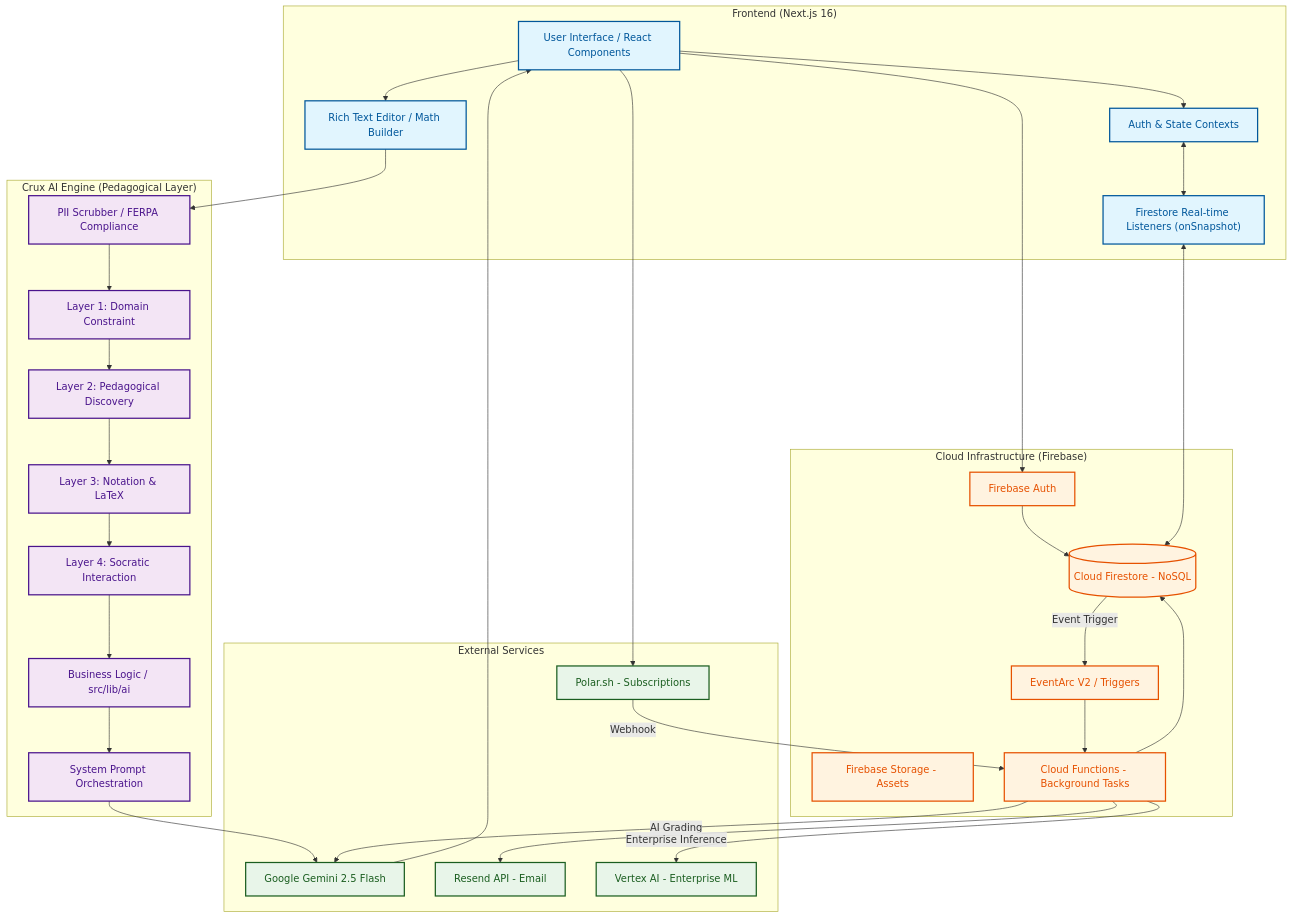
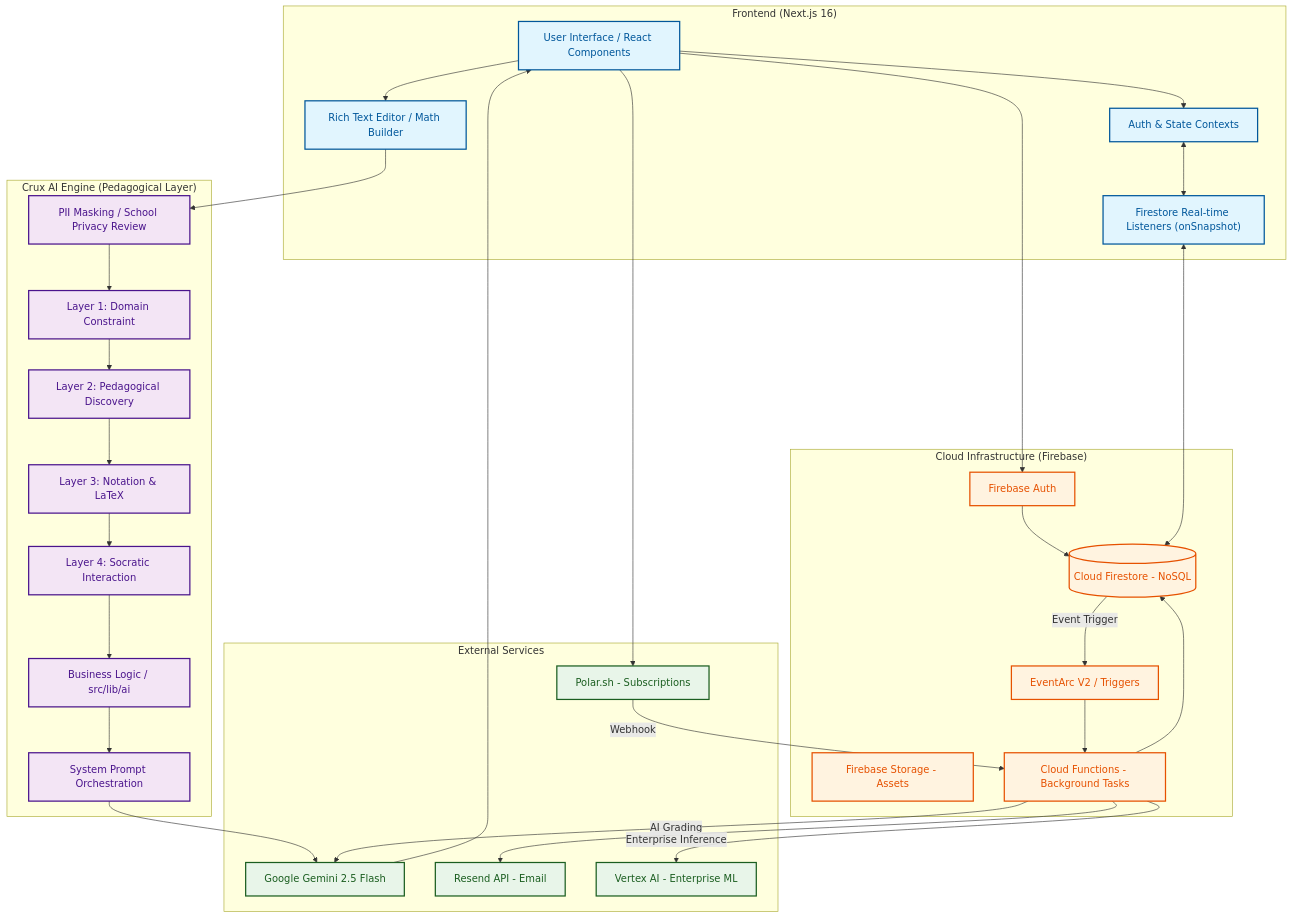
One commit to RushilMahadevu/scorpio changed the diagram in README.md. Above: the diagram before and after it, drawn with Mermaid. The commit also changed other lines of this file and 95 other files, not shown here.

````diff
--- a/README.md
+++ b/README.md
@@ -23,67 +23,67 @@
 ```mermaid
 graph TD
     classDef client fill:#e1f5fe,stroke:#01579b,stroke-width:2px,color:#01579b;
     classDef crux fill:#f3e5f5,stroke:#4a148c,stroke-width:2px,color:#4a148c;
     classDef backend fill:#fff3e0,stroke:#e65100,stroke-width:2px,color:#e65100;
     classDef external fill:#e8f5e9,stroke:#1b5e20,stroke-width:2px,color:#1b5e20;
 
     subgraph Client ["Frontend (Next.js 16)"]
         UI[User Interface / React Components]:::client
         Editor[Rich Text Editor / Math Builder]:::client
         Context[Auth & State Contexts]:::client
         Listen["Firestore Real-time Listeners (onSnapshot)"]:::client
     end
 
     subgraph Crux ["Crux AI Engine (Pedagogical Layer)"]
-        Sanitize[PII Scrubber / FERPA Compliance]:::crux
+        Sanitize[PII Masking / School Privacy Review]:::crux
         Layer1[Layer 1: Domain Constraint]:::crux
         Layer2[Layer 2: Pedagogical Discovery]:::crux
         Layer3[Layer 3: Notation & LaTeX]:::crux
         Layer4[Layer 4: Socratic Interaction]:::crux
         Logic[Business Logic / src/lib/ai]:::crux
         Compose[System Prompt Orchestration]:::crux
     end
 
     subgraph Backend ["Cloud Infrastructure (Firebase)"]
         Auth[Firebase Auth]:::backend
         Firestore[(Cloud Firestore - NoSQL)]:::backend
         Storage[Firebase Storage - Assets]:::backend
         Functions[Cloud Functions - Background Tasks]:::backend
         Event["EventArc V2 / Triggers"]:::backend
     end
 
     subgraph External ["External Services"]
         Gemini[Google Gemini 2.5 Flash]:::external
         Polar[Polar.sh - Subscriptions]:::external
         Resend[Resend API - Email]:::external
         Vertex[Vertex AI - Enterprise ML]:::external
     end
 
     %% Interactions
     UI --> Editor
     Editor --> Sanitize
     Sanitize --> Layer1
     Layer1 --> Layer2
     Layer2 --> Layer3
     Layer3 --> Layer4
     Layer4 --> Logic
     Logic --> Compose
     Compose --> Gemini
     Gemini --> UI
 
     UI --> Auth
     Auth --> Firestore
     UI --> Context
     Context <--> Listen
     Listen <--> Firestore
 
     Firestore -- "Event Trigger" --> Event
     Event --> Functions
     Functions --> Resend
     Functions -- "AI Grading" --> Gemini
     Functions -- "Enterprise Inference" --> Vertex
     
     UI --> Polar
     Polar -- "Webhook" --> Functions
     Functions --> Firestore
 ```
````
